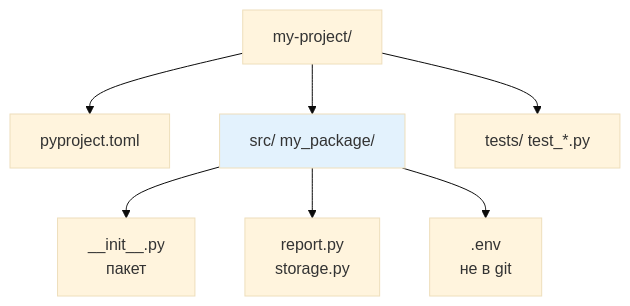
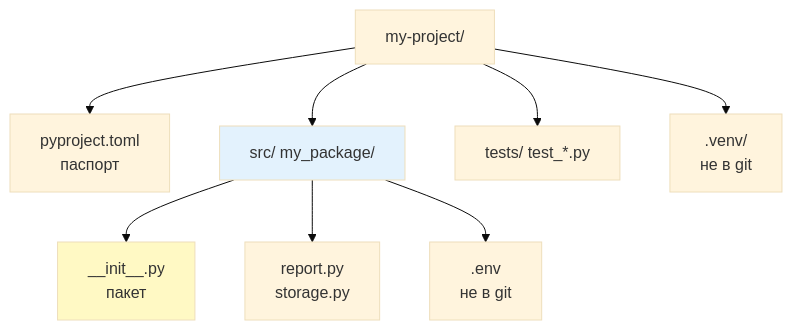
Before and after one commit to JayStorm228/College: the first of 2 diagrams in 02_Курсы/01. Инженерные практики Python/01_Лекции/12. Структура проекта и модули.md, drawn with Mermaid (base theme). The commit also changed other lines of this file and 7 other files, not shown here.

First line of the commit message:
инженерка 09,11-17: перепись разжёвано + диаграммы

````diff
--- a/02_Курсы/01. Инженерные практики Python/01_Лекции/12. Структура проекта и модули.md
+++ b/02_Курсы/01. Инженерные практики Python/01_Лекции/12. Структура проекта и модули.md
@@ -25,10 +25,12 @@
 ```mermaid
 flowchart TD
-  R[my-project/] --> P[pyproject.toml]
+  R[my-project/] --> P[pyproject.toml<br>паспорт]
   R --> S[src/ my_package/]
   S --> I[__init__.py<br>пакет]
   S --> M[report.py<br>storage.py]
   S --> E[.env<br>не в git]
   R --> T[tests/ test_*.py]
+  R --> V[.venv/<br>не в git]
   style S fill:#e3f2fd
+  style I fill:#fff9c4
 ```
````
